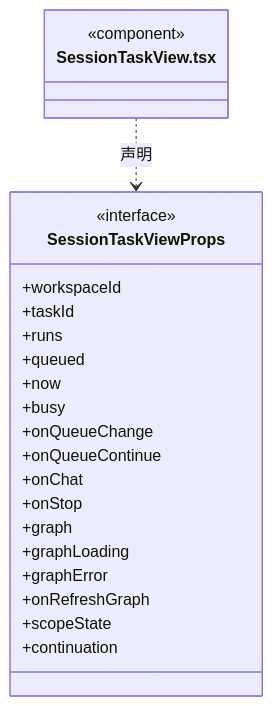
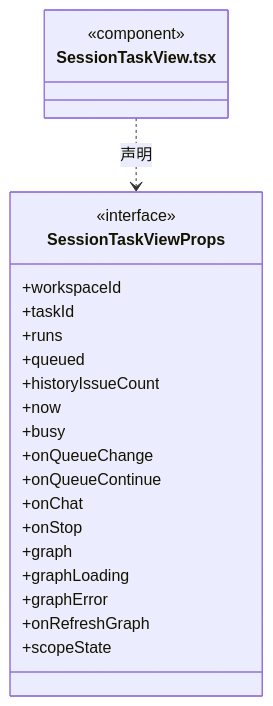
Diagram 34 of 54 in src/frontend/tasks/ARCHITECTURE.md (nan023062/cbim), drawn with Mermaid before and after one commit. The commit also changed other lines of this file and 65 other files, not shown here.

````diff
--- a/src/frontend/tasks/ARCHITECTURE.md
+++ b/src/frontend/tasks/ARCHITECTURE.md
@@ -578,26 +708,26 @@
 ```mermaid
 classDiagram
 class N_src_frontend_tasks_SessionTaskView_tsx["SessionTaskView.tsx"] {
   <<component>>
 }
 class N_src_frontend_tasks_SessionTaskView_tsx_SessionTaskViewProps["SessionTaskViewProps"] {
   <<interface>>
   +workspaceId
   +taskId
   +runs
   +queued
+  +historyIssueCount
   +now
   +busy
   +onQueueChange
   +onQueueContinue
   +onChat
   +onStop
   +graph
   +graphLoading
   +graphError
   +onRefreshGraph
   +scopeState
-  +continuation
 }
 N_src_frontend_tasks_SessionTaskView_tsx ..> N_src_frontend_tasks_SessionTaskView_tsx_SessionTaskViewProps : 声明
 ```
````
